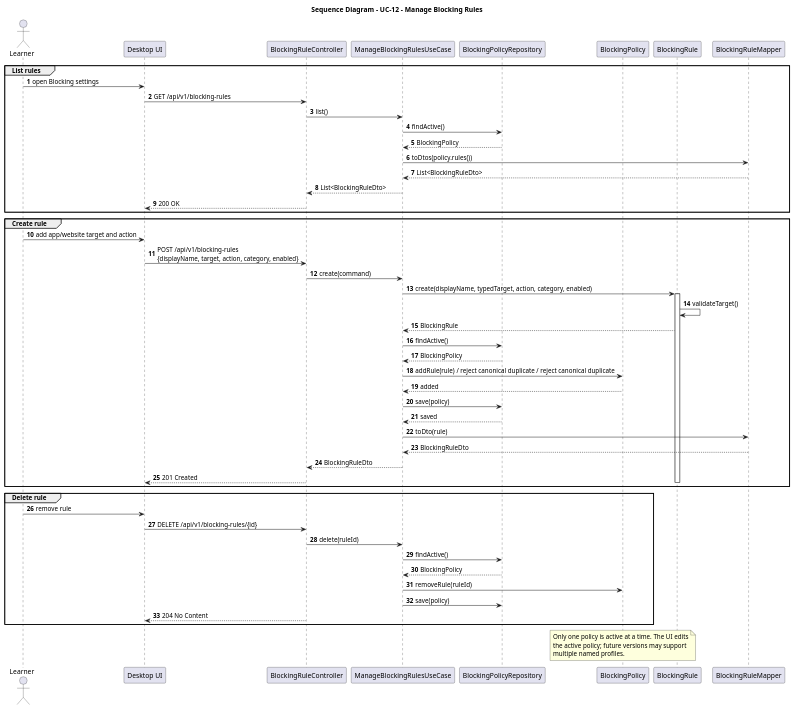
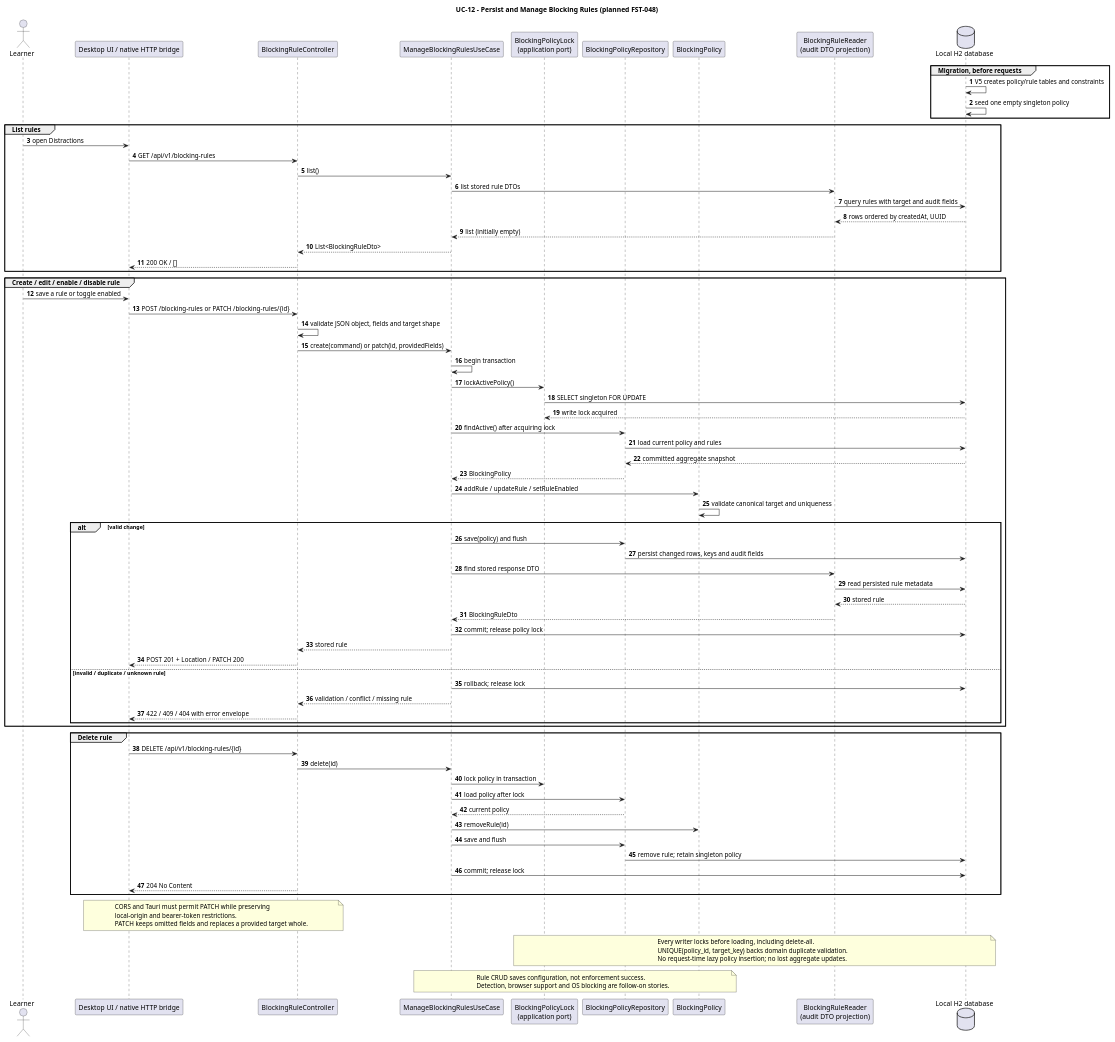
The diagram in docs/SD/SD_ManageBlockingRules.puml (MiguelRibeiro1210/Focus-and-Study-Tracking), drawn with PlantUML before and after one commit. The commit also changed 10 other files, not shown here.

```diff
--- a/docs/SD/SD_ManageBlockingRules.puml
+++ b/docs/SD/SD_ManageBlockingRules.puml
@@ -1,64 +1,90 @@
 @startuml
-title Sequence Diagram - UC-12 - Manage Blocking Rules
-
+title UC-12 - Persist and Manage Blocking Rules (planned FST-048)
 autonumber
 actor Learner
-participant "Desktop UI" as UI
+participant "Desktop UI / native HTTP bridge" as UI
 participant "BlockingRuleController" as Controller
 participant "ManageBlockingRulesUseCase" as UseCase
+participant "BlockingPolicyLock\n(application port)" as Lock
 participant "BlockingPolicyRepository" as Repo
 participant "BlockingPolicy" as Policy
-participant "BlockingRule" as Rule
-participant "BlockingRuleMapper" as Mapper
+participant "BlockingRuleReader\n(audit DTO projection)" as Reader
+database "Local H2 database" as DB
+
+group Migration, before requests
+  DB -> DB : V5 creates policy/rule tables and constraints
+  DB -> DB : seed one empty singleton policy
+end
 
 group List rules
-  Learner -> UI : open Blocking settings
+  Learner -> UI : open Distractions
   UI -> Controller : GET /api/v1/blocking-rules
   Controller -> UseCase : list()
-  UseCase -> Repo : findActive()
-  Repo --> UseCase : BlockingPolicy
-  UseCase -> Mapper : toDtos(policy.rules())
-  Mapper --> UseCase : List<BlockingRuleDto>
+  UseCase -> Reader : list stored rule DTOs
+  Reader -> DB : query rules with target and audit fields
+  DB --> Reader : rows ordered by createdAt, UUID
+  Reader --> UseCase : list (initially empty)
   UseCase --> Controller : List<BlockingRuleDto>
-  Controller --> UI : 200 OK
+  Controller --> UI : 200 OK / []
 end
 
-group Create rule
-  Learner -> UI : add app/website target and action
-  UI -> Controller : POST /api/v1/blocking-rules\n{displayName, target, action, category, enabled}
-  Controller -> UseCase : create(command)
-  UseCase -> Rule : create(displayName, typedTarget, action, category, enabled)
-  activate Rule
-  Rule -> Rule : validateTarget()
-  Rule --> UseCase : BlockingRule
-  UseCase -> Repo : findActive()
+group Create / edit / enable / disable rule
+  Learner -> UI : save a rule or toggle enabled
+  UI -> Controller : POST /blocking-rules or PATCH /blocking-rules/{id}
+  Controller -> Controller : validate JSON object, fields and target shape
+  Controller -> UseCase : create(command) or patch(id, providedFields)
+  UseCase -> UseCase : begin transaction
+  UseCase -> Lock : lockActivePolicy()
+  Lock -> DB : SELECT singleton FOR UPDATE
+  DB --> Lock : write lock acquired
+  UseCase -> Repo : findActive() after acquiring lock
+  Repo -> DB : load current policy and rules
+  DB --> Repo : committed aggregate snapshot
   Repo --> UseCase : BlockingPolicy
-  UseCase -> Policy : addRule(rule) / reject canonical duplicate / reject canonical duplicate
-  Policy --> UseCase : added
-  UseCase -> Repo : save(policy)
-  Repo --> UseCase : saved
-  UseCase -> Mapper : toDto(rule)
-  Mapper --> UseCase : BlockingRuleDto
-  UseCase --> Controller : BlockingRuleDto
-  Controller --> UI : 201 Created
-  deactivate Rule
+  UseCase -> Policy : addRule / updateRule / setRuleEnabled
+  Policy -> Policy : validate canonical target and uniqueness
+  alt valid change
+    UseCase -> Repo : save(policy) and flush
+    Repo -> DB : persist changed rows, keys and audit fields
+    UseCase -> Reader : find stored response DTO
+    Reader -> DB : read persisted rule metadata
+    DB --> Reader : stored rule
+    Reader --> UseCase : BlockingRuleDto
+    UseCase -> DB : commit; release policy lock
+    UseCase --> Controller : stored rule
+    Controller --> UI : POST 201 + Location / PATCH 200
+  else invalid / duplicate / unknown rule
+    UseCase -> DB : rollback; release lock
+    UseCase --> Controller : validation / conflict / missing rule
+    Controller --> UI : 422 / 409 / 404 with error envelope
+  end
 end
 
 group Delete rule
-  Learner -> UI : remove rule
   UI -> Controller : DELETE /api/v1/blocking-rules/{id}
-  Controller -> UseCase : delete(ruleId)
-  UseCase -> Repo : findActive()
-  Repo --> UseCase : BlockingPolicy
-  UseCase -> Policy : removeRule(ruleId)
-  UseCase -> Repo : save(policy)
+  Controller -> UseCase : delete(id)
+  UseCase -> Lock : lock policy in transaction
+  UseCase -> Repo : load policy after lock
+  Repo --> UseCase : current policy
+  UseCase -> Policy : removeRule(id)
+  UseCase -> Repo : save and flush
+  Repo -> DB : remove rule; retain singleton policy
+  UseCase -> DB : commit; release lock
   Controller --> UI : 204 No Content
 end
 
-note over Policy
-  Only one policy is active at a time. The UI edits
-  the active policy; future versions may support
-  multiple named profiles.
+note over UI, Controller
+  CORS and Tauri must permit PATCH while preserving
+  local-origin and bearer-token restrictions.
+  PATCH keeps omitted fields and replaces a provided target whole.
 end note
-
+note over Lock, DB
+  Every writer locks before loading, including delete-all.
+  UNIQUE(policy_id, target_key) backs domain duplicate validation.
+  No request-time lazy policy insertion; no lost aggregate updates.
+end note
+note over UseCase, Policy
+  Rule CRUD saves configuration, not enforcement success.
+  Detection, browser support and OS blocking are follow-on stories.
+end note
 @enduml
```
